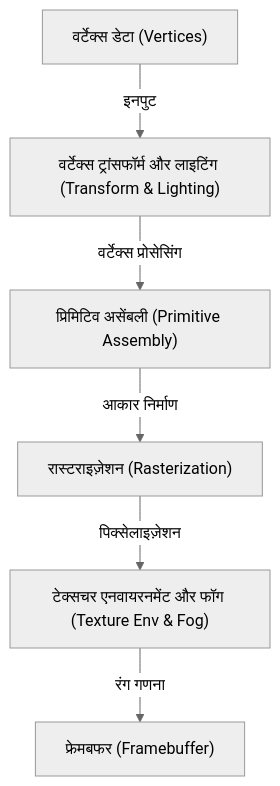
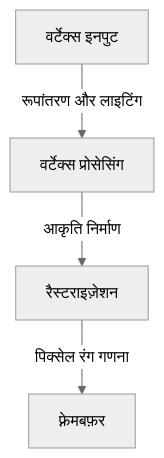
The first of 2 diagrams in content/post/opengl-basics-and-history/index.hi.md (kenjinote/blog), drawn with Mermaid (neutral theme) before and after one commit. The commit also changed other lines of this file and 129 other files, not shown here.

````diff
--- a/content/post/opengl-basics-and-history/index.hi.md
+++ b/content/post/opengl-basics-and-history/index.hi.md
@@ -41,15 +35,6 @@
 ```mermaid
 graph TD
-    A["वर्टेक्स डेटा (Vertices)"]
-    B["वर्टेक्स ट्रांसफॉर्म और लाइटिंग (Transform & Lighting)"]
-    C["प्रिमिटिव असेंबली (Primitive Assembly)"]
-    D["रास्टराइज़ेशन (Rasterization)"]
-    E["टेक्सचर एनवायरनमेंट और फॉग (Texture Env & Fog)"]
-    F["फ्रेमबफर (Framebuffer)"]
-
-    A -- "इनपुट" --> B
-    B -- "वर्टेक्स प्रोसेसिंग" --> C
-    C -- "आकार निर्माण" --> D
-    D -- "पिक्सेलाइज़ेशन" --> E
-    E -- "रंग गणना" --> F
+    A["वर्टेक्स इनपुट"] -- "रूपांतरण और लाइटिंग" --> B["वर्टेक्स प्रोसेसिंग"]
+    B -- "आकृति निर्माण" --> C["रैस्टराइज़ेशन"]
+    C -- "पिक्सेल रंग गणना" --> D["फ़्रेमबफ़र"]
 ```
````
